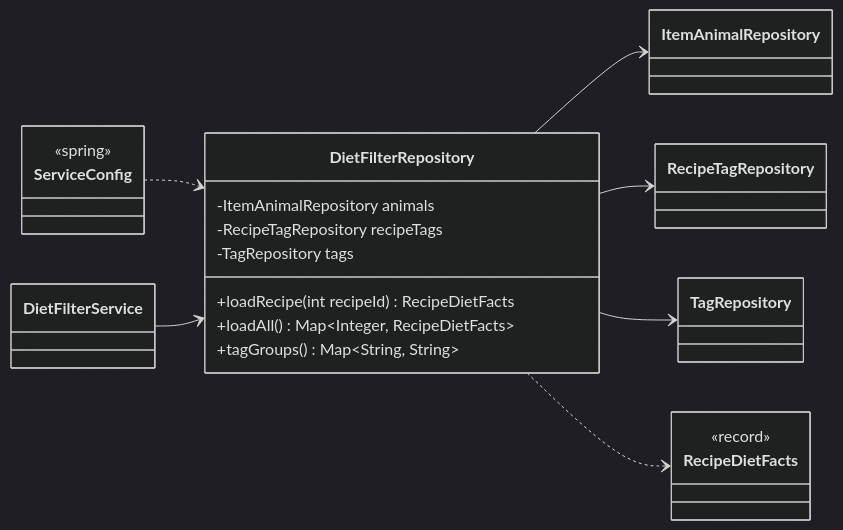
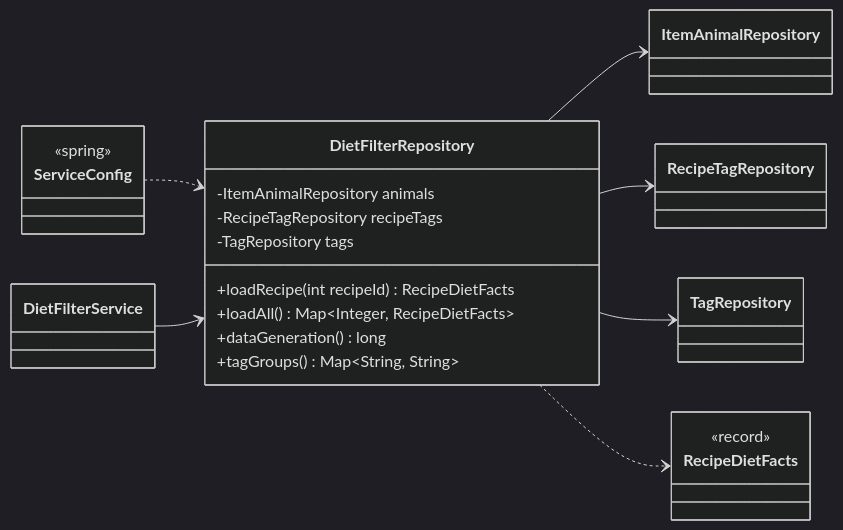
The second of 15 diagrams in docs/classes/diet.md (Nate-ryan-7690/dahaem), drawn with Mermaid (dark theme) before and after one commit. The commit also changed other lines of this file and 35 other files, not shown here.

````diff
--- a/docs/classes/diet.md
+++ b/docs/classes/diet.md
@@ -90,28 +97,29 @@
 ```mermaid
 classDiagram
     direction LR
     class diet_DietFilterRepository["DietFilterRepository"] {
         -ItemAnimalRepository animals
         -RecipeTagRepository recipeTags
         -TagRepository tags
         +loadRecipe(int recipeId) RecipeDietFacts
         +loadAll() Map~Integer, RecipeDietFacts~
+        +dataGeneration() long
         +tagGroups() Map~String, String~
     }
     class tags_ItemAnimalRepository["ItemAnimalRepository"]
     class tags_RecipeTagRepository["RecipeTagRepository"]
     class tags_TagRepository["TagRepository"]
     class diet_DietFilterService["DietFilterService"]
     class diet_RecipeDietFacts["RecipeDietFacts"] {
         <<record>>
     }
     class api_ServiceConfig["ServiceConfig"] {
         <<spring>>
     }
     diet_DietFilterRepository --> tags_ItemAnimalRepository
     diet_DietFilterRepository --> tags_RecipeTagRepository
     diet_DietFilterRepository --> tags_TagRepository
     diet_DietFilterRepository ..> diet_RecipeDietFacts
     api_ServiceConfig ..> diet_DietFilterRepository
     diet_DietFilterService --> diet_DietFilterRepository
 ```
````
